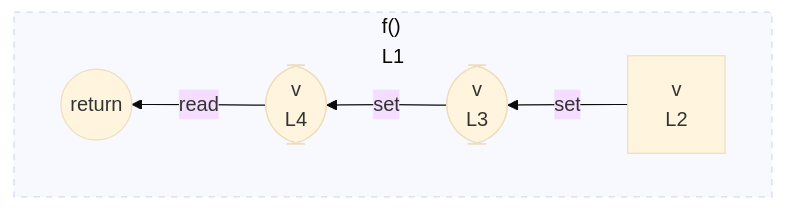
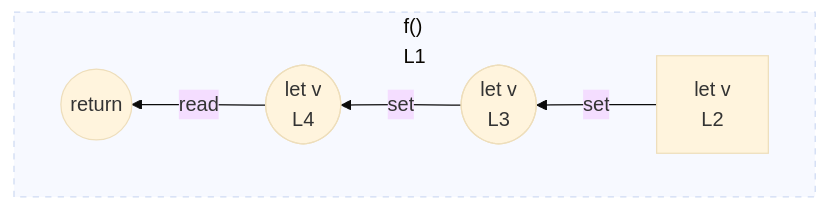
The diagram in integration/fixtures/function-let/preview.md (crescware/unsnarl), drawn with Mermaid (base theme) before and after one commit. The commit also changed 31 other files, not shown here.

First line of the commit message:
feat(mermaid): always prefix let-bound variables with "let"

````diff
--- a/integration/fixtures/function-let/preview.md
+++ b/integration/fixtures/function-let/preview.md
@@ -16,15 +16,15 @@
 ```mermaid
 flowchart RL
   subgraph n_scope_0_f_9["f()<br/>L1"]
     direction RL
     return_scope_0_f_9((return))
-    n_scope_1_v_21["v<br/>L2"]
-    wr_ref_0(["v<br/>L3"])
-    wr_ref_1(["v<br/>L4"])
+    n_scope_1_v_21["let v<br/>L2"]
+    wr_ref_0(["let v<br/>L3"])
+    wr_ref_1(["let v<br/>L4"])
   end
   n_scope_1_v_21 -->|set| wr_ref_0
   wr_ref_0 -->|set| wr_ref_1
   wr_ref_1 -->|read| return_scope_0_f_9
   classDef unused stroke-dasharray: 5 5;
   class n_scope_0_f_9 unused;
 ```
````
